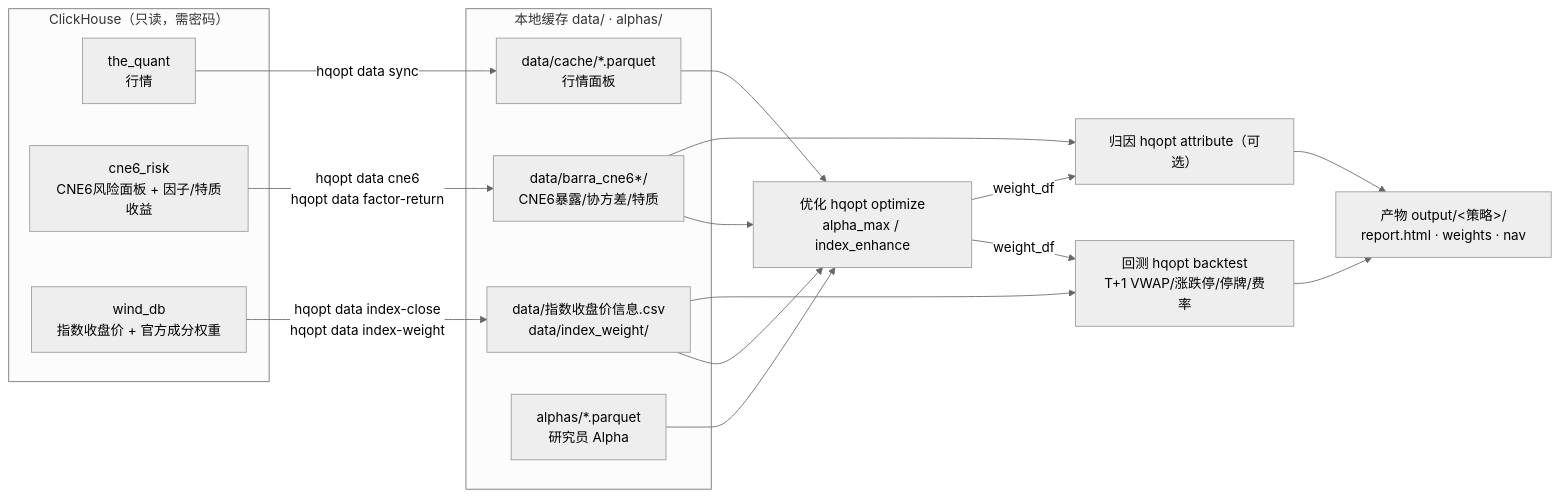
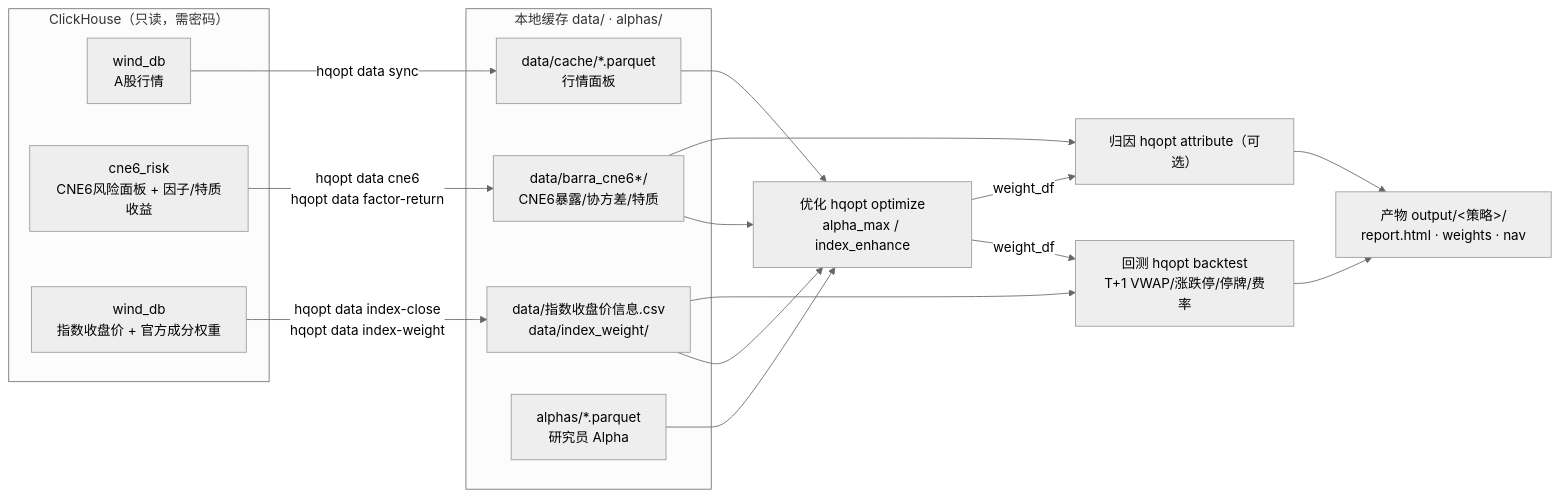
The diagram in docs/操作指南.md (gaojn/HistQuantOpt), drawn with Mermaid (neutral theme) before and after one commit. The commit also changed other lines of this file and 6 other files, not shown here.

````diff
--- a/docs/操作指南.md
+++ b/docs/操作指南.md
@@ -33,32 +33,32 @@
 ```mermaid
 flowchart LR
     subgraph CH["ClickHouse（只读，需密码）"]
-        A1["the_quant<br/>行情"]
+        A1["wind_db<br/>A股行情"]
         A2["cne6_risk<br/>CNE6风险面板 + 因子/特质收益"]
         A3["wind_db<br/>指数收盘价 + 官方成分权重"]
     end
     subgraph LOCAL["本地缓存 data/ · alphas/"]
         B1["data/cache/*.parquet<br/>行情面板"]
         B2["data/barra_cne6*/<br/>CNE6暴露/协方差/特质"]
         B3["data/指数收盘价信息.csv<br/>data/index_weight/"]
         B4["alphas/*.parquet<br/>研究员 Alpha"]
     end
     C["优化 hqopt optimize<br/>alpha_max / index_enhance"]
     D["回测 hqopt backtest<br/>T+1 VWAP/涨跌停/停牌/费率"]
     E["归因 hqopt attribute（可选）"]
     F["产物 output/&lt;策略&gt;/<br/>report.html · weights · nav"]
 
     A1 -- "hqopt data sync" --> B1
     A2 -- "hqopt data cne6<br/>hqopt data factor-return" --> B2
     A3 -- "hqopt data index-close<br/>hqopt data index-weight" --> B3
     B1 --> C
     B2 --> C
     B3 --> C
     B4 --> C
     C -- "weight_df" --> D
     B3 --> D
     D --> F
     C -- "weight_df" --> E
     B2 --> E
     E --> F
 ```
````
